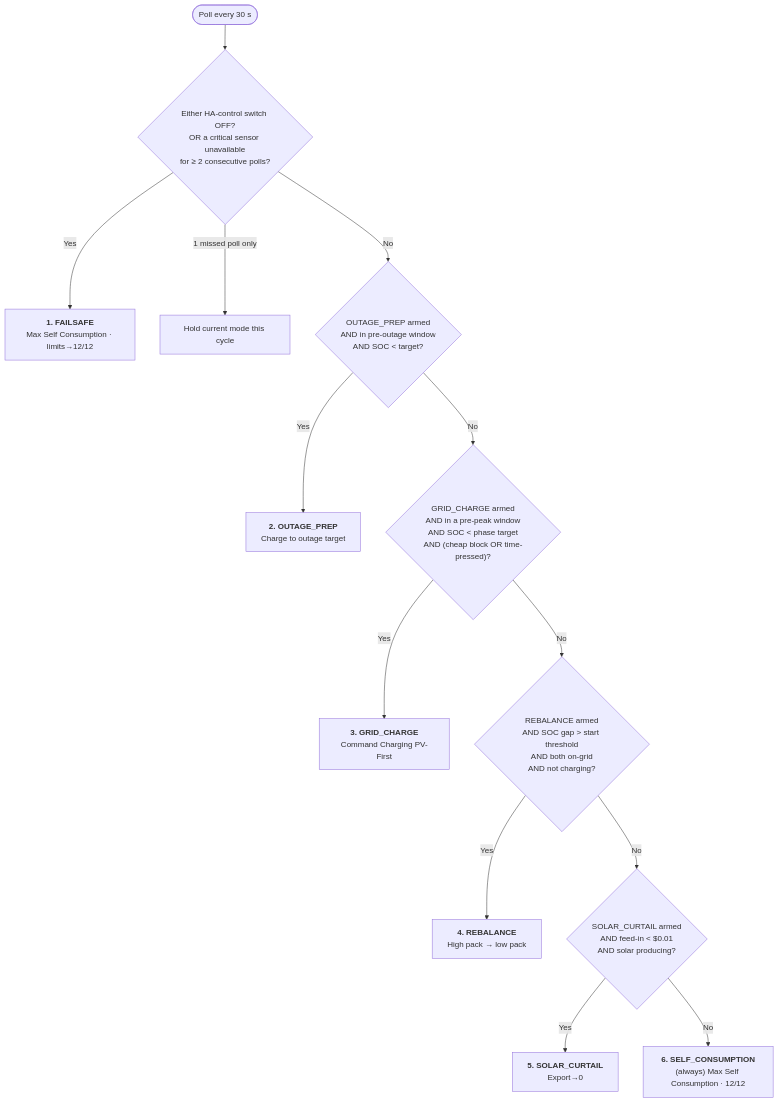
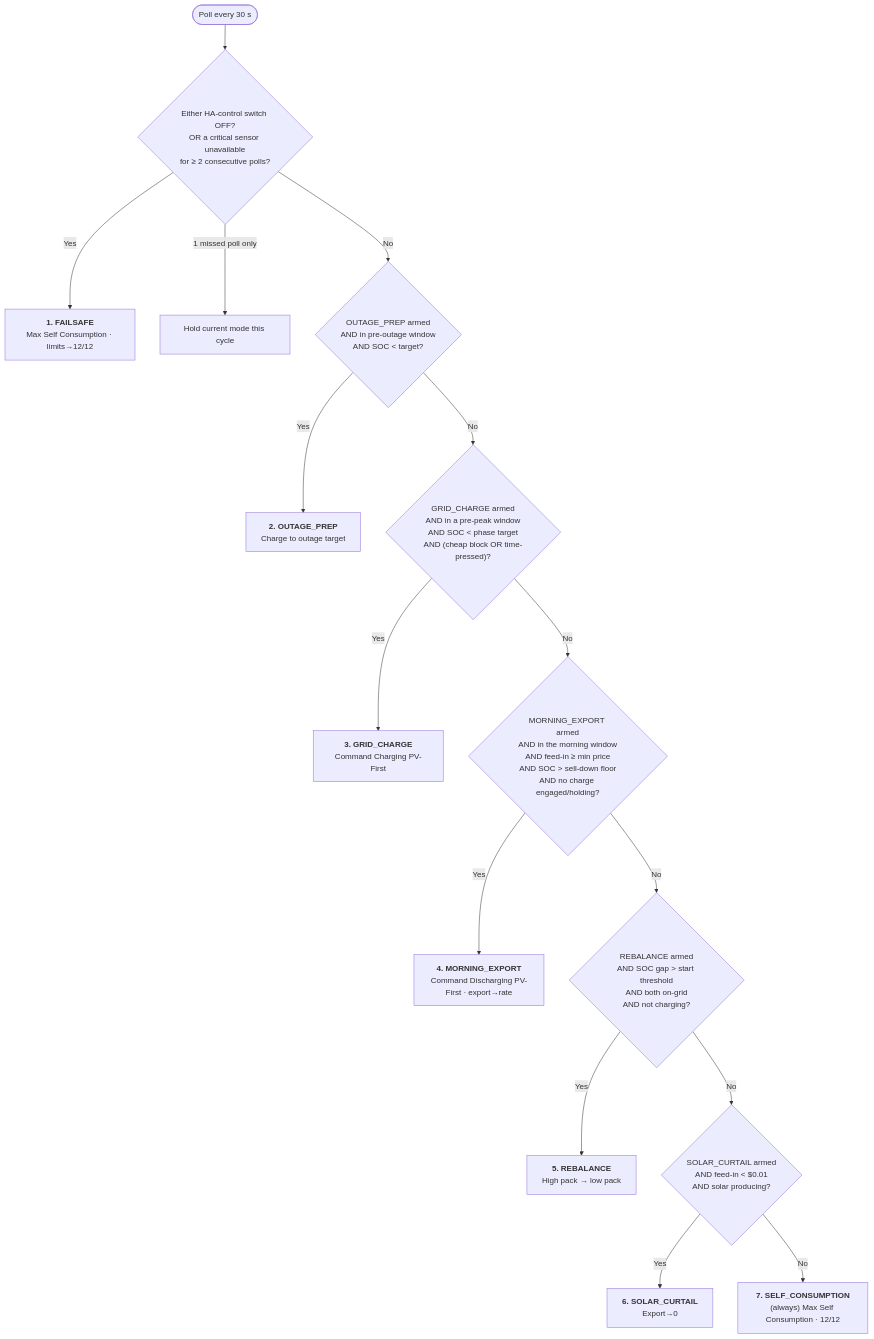
The diagram in CONTROL_LOGIC.md (drew-pfitzner/amber-battery), drawn with Mermaid before and after one commit. The commit also changed other lines of this file and 7 other files, not shown here.

First line of the commit message:
Add MORNING_EXPORT: sell the morning surplus, keep the morning cover

````diff
--- a/CONTROL_LOGIC.md
+++ b/CONTROL_LOGIC.md
@@ -51,19 +56,22 @@
 ```mermaid
 flowchart TD
     START([Poll every 30 s]) --> FS{"Either HA-control switch OFF?<br/>OR a critical sensor unavailable<br/>for ≥ 2 consecutive polls?"}
     FS -->|Yes| FAILSAFE["<b>1. FAILSAFE</b><br/>Max Self Consumption · limits→12/12"]
     FS -->|"1 missed poll only"| HOLD["Hold current mode this cycle"]
     FS -->|No| P2
 
     P2{"OUTAGE_PREP armed<br/>AND in pre-outage window<br/>AND SOC < target?"} -->|Yes| OUTAGE["<b>2. OUTAGE_PREP</b><br/>Charge to outage target"]
     P2 -->|No| P3
 
     P3{"GRID_CHARGE armed<br/>AND in a pre-peak window<br/>AND SOC < phase target<br/>AND (cheap block OR time-pressed)?"} -->|Yes| GRIDC["<b>3. GRID_CHARGE</b><br/>Command Charging PV-First"]
     P3 -->|No| P4
 
-    P4{"REBALANCE armed<br/>AND SOC gap > start threshold<br/>AND both on-grid<br/>AND not charging?"} -->|Yes| REBAL["<b>4. REBALANCE</b><br/>High pack → low pack"]
+    P4{"MORNING_EXPORT armed<br/>AND in the morning window<br/>AND feed-in ≥ min price<br/>AND SOC > sell-down floor<br/>AND no charge engaged/holding?"} -->|Yes| MEXP["<b>4. MORNING_EXPORT</b><br/>Command Discharging PV-First · export→rate"]
     P4 -->|No| P5
 
-    P5{"SOLAR_CURTAIL armed<br/>AND feed-in < $0.01<br/>AND solar producing?"} -->|Yes| CURTAIL["<b>5. SOLAR_CURTAIL</b><br/>Export→0"]
-    P5 -->|No| SELF["<b>6. SELF_CONSUMPTION</b><br/>(always) Max Self Consumption · 12/12"]
+    P5{"REBALANCE armed<br/>AND SOC gap > start threshold<br/>AND both on-grid<br/>AND not charging?"} -->|Yes| REBAL["<b>5. REBALANCE</b><br/>High pack → low pack"]
+    P5 -->|No| P6
+
+    P6{"SOLAR_CURTAIL armed<br/>AND feed-in < $0.01<br/>AND solar producing?"} -->|Yes| CURTAIL["<b>6. SOLAR_CURTAIL</b><br/>Export→0"]
+    P6 -->|No| SELF["<b>7. SELF_CONSUMPTION</b><br/>(always) Max Self Consumption · 12/12"]
 ```
````
